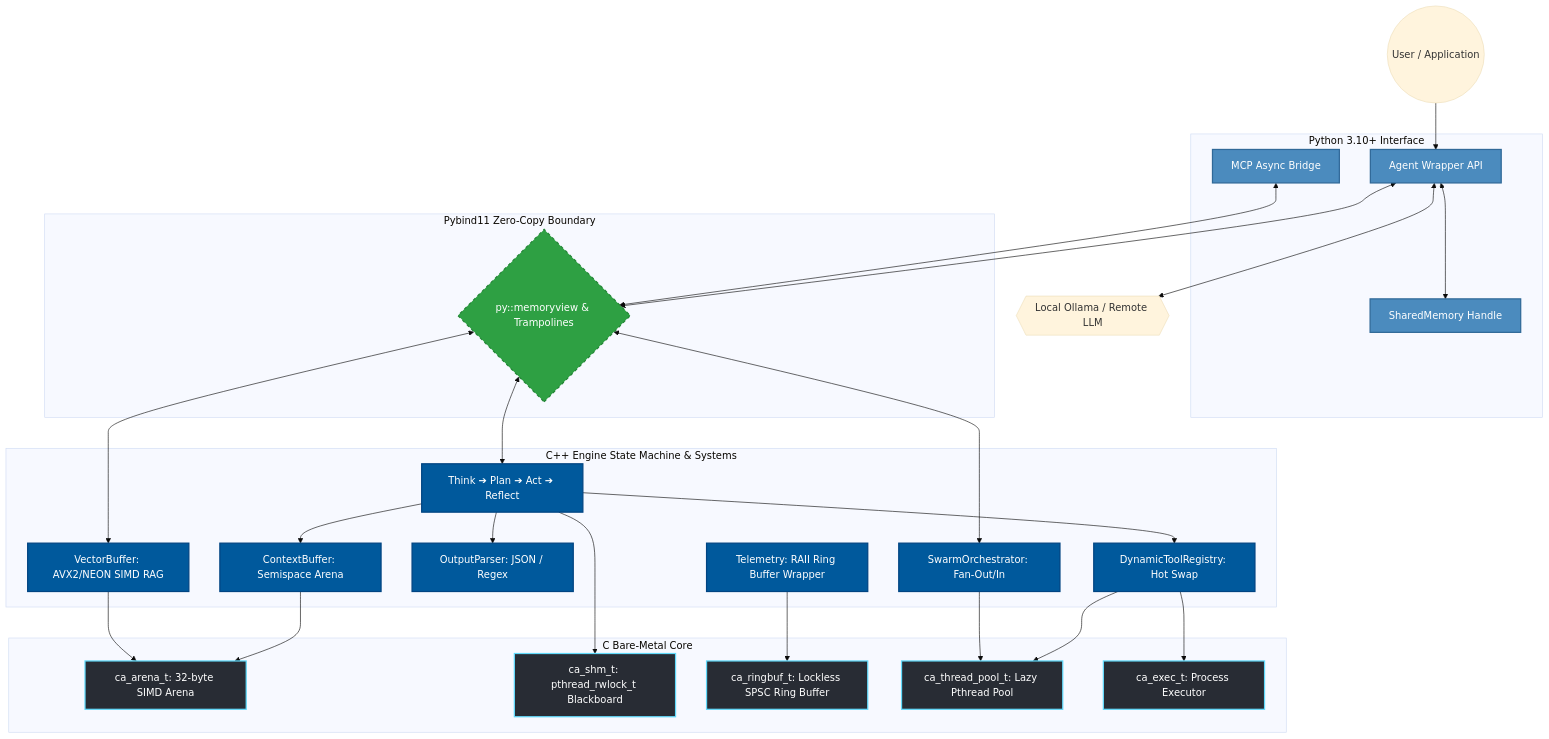
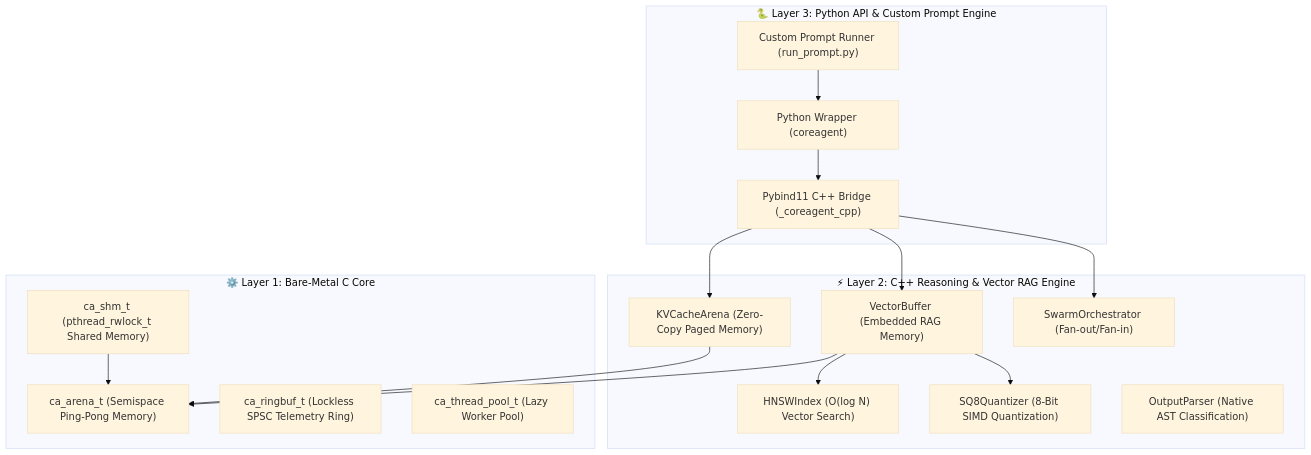
Before and after one commit to ELARION12/Cerberus: the first of 2 diagrams in README.md, drawn with Mermaid (base theme). The commit also changed other lines of this file and 25 other files, not shown here.

Commit message:
v1.4.0: Model & Memory Co-Design release (KV-Cache Arenas, SQ8 Quantization, HNSW Index, Custom Prompt Runner)

````diff
--- a/README.md
+++ b/README.md
@@ -52,60 +16,35 @@
 ```mermaid
 graph TD
-    %% Styling
-    classDef python fill:#4B8BBE,stroke:#306998,stroke-width:2px,color:white;
-    classDef cpp fill:#00599C,stroke:#004482,stroke-width:2px,color:white;
-    classDef ccore fill:#282C34,stroke:#61DAFB,stroke-width:2px,color:white;
-    classDef boundary fill:#2EA043,stroke:#238636,stroke-width:2px,color:white,stroke-dasharray: 5 5;
-
-    %% Nodes
-    User((User / Application))
-    LLM{{Local Ollama / Remote LLM}}
-
-    subgraph Layer1 [Python 3.10+ Interface]
-        API[Agent Wrapper API]:::python
-        MCPBridge[MCP Async Bridge]:::python
-        PySHM[SharedMemory Handle]:::python
+    subgraph Layer3["🐍 Layer 3: Python API & Custom Prompt Engine"]
+        API["Python Wrapper (coreagent)"]
+        Runner["Custom Prompt Runner (run_prompt.py)"]
+        Pybind["Pybind11 C++ Bridge (_coreagent_cpp)"]
     end
 
-    subgraph FFI [Pybind11 Zero-Copy Boundary]
-        Bridge{py::memoryview & Trampolines}:::boundary
+    subgraph Layer2["⚡ Layer 2: C++ Reasoning & Vector RAG Engine"]
+        KVCache["KVCacheArena (Zero-Copy Paged Memory)"]
+        HNSW["HNSWIndex (O(log N) Vector Search)"]
+        SQ8["SQ8Quantizer (8-Bit SIMD Quantization)"]
+        Vector["VectorBuffer (Embedded RAG Memory)"]
+        Swarm["SwarmOrchestrator (Fan-out/Fan-in)"]
+        Parser["OutputParser (Native AST Classification)"]
     end
 
-    subgraph Layer2 [C++ Engine State Machine & Systems]
-        State[Think ➔ Plan ➔ Act ➔ Reflect]:::cpp
-        Swarm[SwarmOrchestrator: Fan-Out/In]:::cpp
-        Vector[VectorBuffer: AVX2/NEON SIMD RAG]:::cpp
-        Parser[OutputParser: JSON / Regex]:::cpp
-        DynReg[DynamicToolRegistry: Hot Swap]:::cpp
-        Ctx[ContextBuffer: Semispace Arena]:::cpp
-        TelemCPP[Telemetry: RAII Ring Buffer Wrapper]:::cpp
+    subgraph Layer1["⚙️ Layer 1: Bare-Metal C Core"]
+        Arena["ca_arena_t (Semispace Ping-Pong Memory)"]
+        SHM["ca_shm_t (pthread_rwlock_t Shared Memory)"]
+        Ring["ca_ringbuf_t (Lockless SPSC Telemetry Ring)"]
+        Pool["ca_thread_pool_t (Lazy Worker Pool)"]
     end
 
-    subgraph Layer3 [C Bare-Metal Core]
-        Arena[ca_arena_t: 32-byte SIMD Arena]:::ccore
-        SHM[ca_shm_t: pthread_rwlock_t Blackboard]:::ccore
-        Ring[ca_ringbuf_t: Lockless SPSC Ring Buffer]:::ccore
-        Threads[ca_thread_pool_t: Lazy Pthread Pool]:::ccore
-        Exec[ca_exec_t: Process Executor]:::ccore
-    end
-
-    %% Connections
-    User --> API
-    API <--> LLM
-    API <--> PySHM
-    MCPBridge <--> Bridge
-    API <--> Bridge
-    Bridge <--> State
-    Bridge <--> Swarm
-    Bridge <--> Vector
-    State --> Parser
-    State --> DynReg
-    State --> Ctx
-    State --> SHM
-    Swarm --> Threads
+    Runner --> API
+    API --> Pybind
+    Pybind --> KVCache
+    Pybind --> Vector
+    Pybind --> Swarm
+    Vector --> HNSW
+    Vector --> SQ8
+    KVCache --> Arena
     Vector --> Arena
-    TelemCPP --> Ring
-    Ctx --> Arena
-    DynReg --> Threads
-    DynReg --> Exec
+    SHM --> Arena
 ```
````
